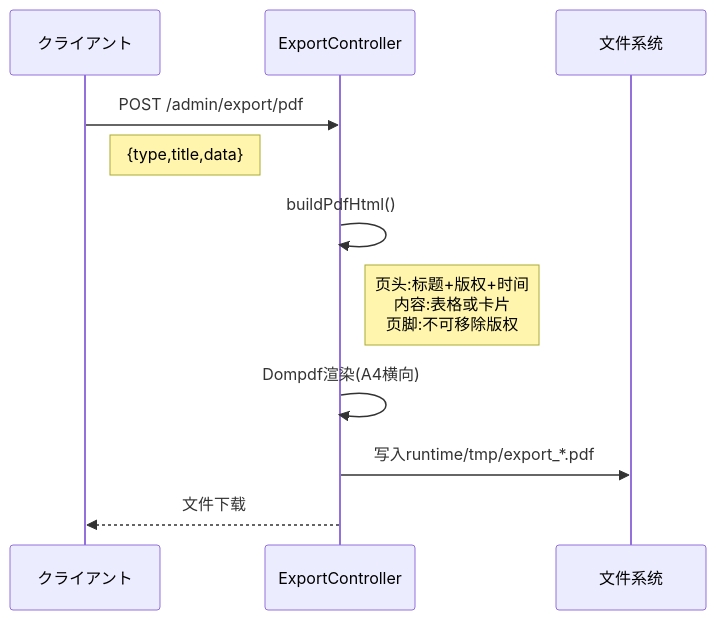
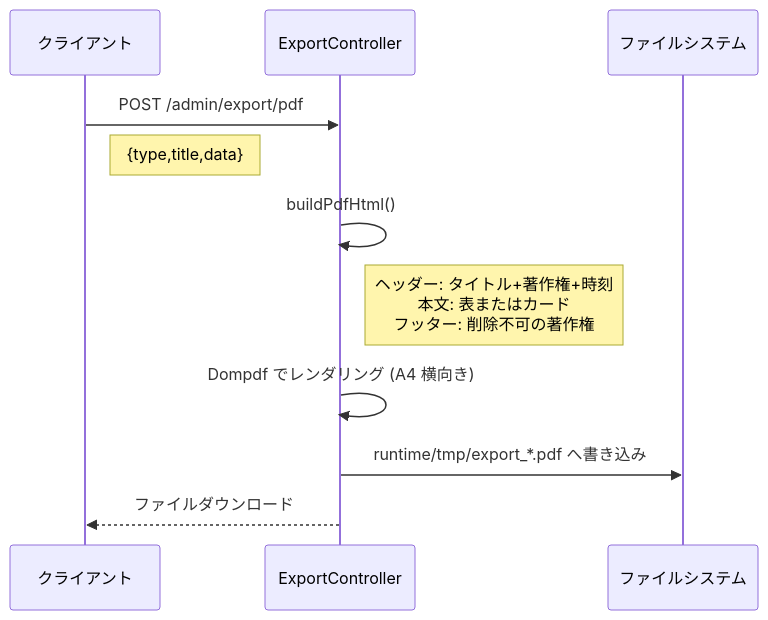
The second of 2 diagrams in admin/docs/diagrams/09-export-flow.ja.md (erikwang2013/game-platform-php), drawn with Mermaid before and after one commit. The commit also changed other lines of this file and 211 other files, not shown here.

First line of the commit message:
fix: 支付配置读回类型根治、提现事件对账巡检，12 语族 mermaid 与 API 标签本地化

````diff
--- a/admin/docs/diagrams/09-export-flow.ja.md
+++ b/admin/docs/diagrams/09-export-flow.ja.md
@@ -30,14 +30,14 @@
 ```mermaid
 sequenceDiagram
     participant C as クライアント
     participant CTL as ExportController
-    participant FS as 文件系统
+    participant FS as ファイルシステム
 
     C->>CTL: POST /admin/export/pdf
     Note right of C: {type,title,data}
     CTL->>CTL: buildPdfHtml()
-    Note right of CTL: 页头:标题+版权+时间<br/>内容:表格或卡片<br/>页脚:不可移除版权
-    CTL->>CTL: Dompdf渲染(A4横向)
-    CTL->>FS: 写入runtime/tmp/export_*.pdf
-    CTL-->>C: 文件下载
+    Note right of CTL: ヘッダー: タイトル+著作権+時刻<br/>本文: 表またはカード<br/>フッター: 削除不可の著作権
+    CTL->>CTL: Dompdf でレンダリング (A4 横向き)
+    CTL->>FS: runtime/tmp/export_*.pdf へ書き込み
+    CTL-->>C: ファイルダウンロード
 ```
````
